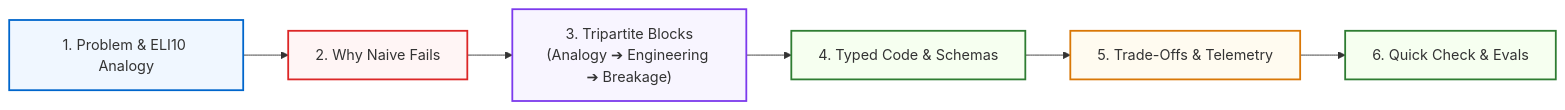
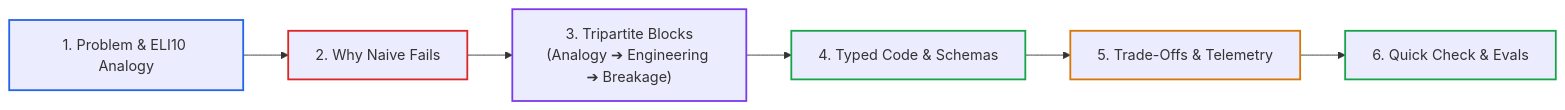
One commit to dip4k/senior-engineer-to-ai-engineer-roadmap changed the diagram in .agents/skills/ai-curriculum-refactoring/SKILL.md. Above: the diagram before and after it, drawn with Mermaid. The commit also changed other lines of this file and 15 other files, not shown here.

First line of the commit message:
feat(curriculum): theme-adaptive diagrams, low-node modular flows, and Phase 00 beginner-style refactor

````diff
--- a/.agents/skills/ai-curriculum-refactoring/SKILL.md
+++ b/.agents/skills/ai-curriculum-refactoring/SKILL.md
@@ -55,15 +55,15 @@
 ```mermaid
 flowchart LR
     Prob["1. Problem & ELI10 Analogy"] --> Naive["2. Why Naive Fails"]
     Naive --> Tripartite["3. Tripartite Blocks<br>(Analogy ➔ Engineering ➔ Breakage)"]
     Tripartite --> Code["4. Typed Code & Schemas"]
     Code --> Trade["5. Trade-Offs & Telemetry"]
     Trade --> Check["6. Quick Check & Evals"]
 
-    style Prob fill:#f0f7ff,stroke:#0066cc,stroke-width:2px
-    style Naive fill:#fff5f5,stroke:#dc2626,stroke-width:2px
-    style Tripartite fill:#f8f5ff,stroke:#7c3aed,stroke-width:2px
-    style Code fill:#f6fff0,stroke:#2e7d32,stroke-width:2px
-    style Trade fill:#fffbf0,stroke:#d97706,stroke-width:2px
-    style Check fill:#f6fff0,stroke:#2e7d32,stroke-width:2px
+    style Prob stroke:#2563eb,stroke-width:2px
+    style Naive stroke:#dc2626,stroke-width:2px
+    style Tripartite stroke:#7c3aed,stroke-width:2px
+    style Code stroke:#16a34a,stroke-width:2px
+    style Trade stroke:#d97706,stroke-width:2px
+    style Check stroke:#16a34a,stroke-width:2px
 ```
````
